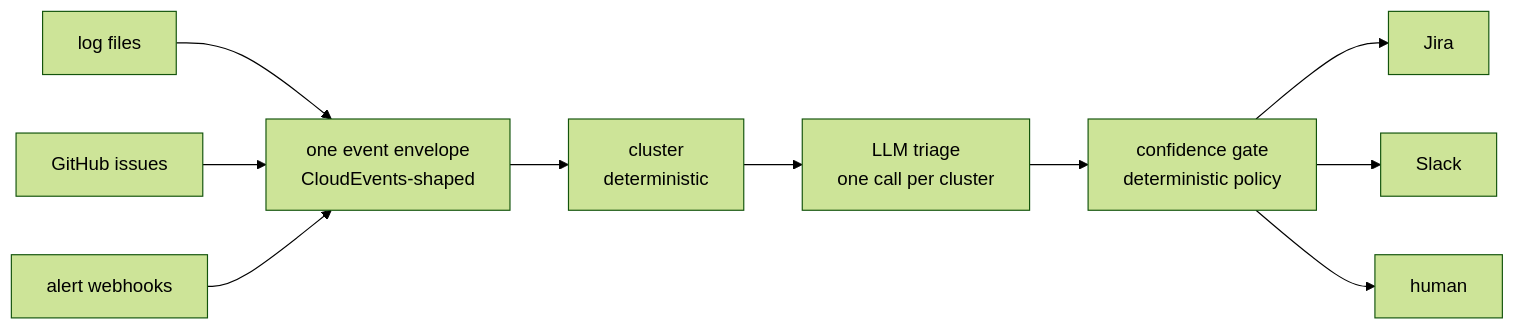
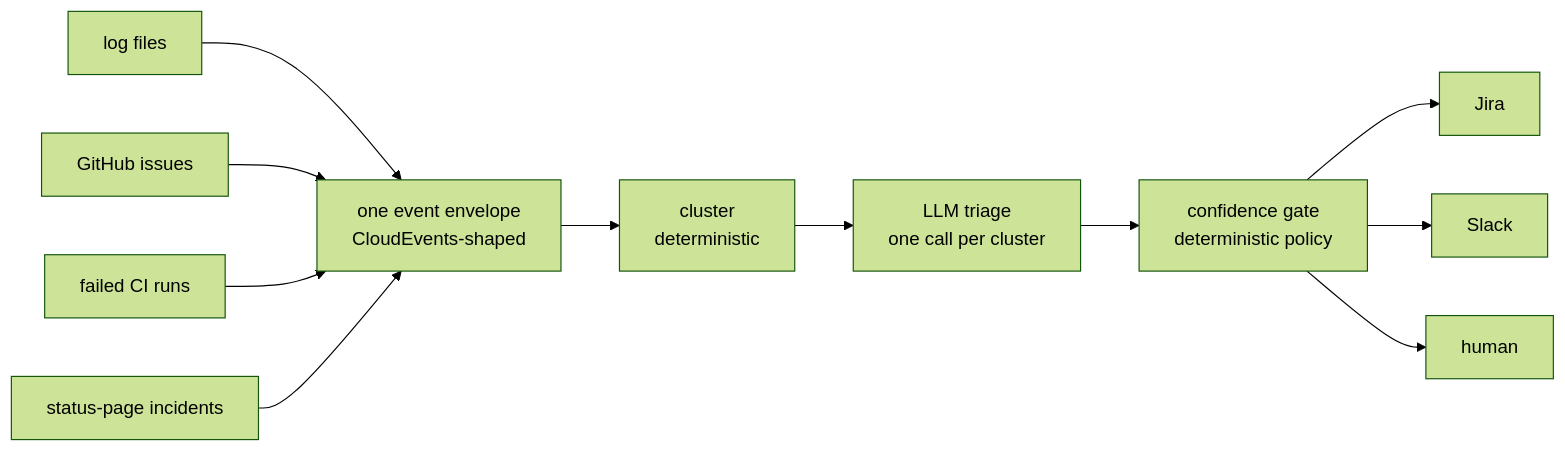
Before and after one commit to VamP08/AIOpsAnalyst: the diagram in README.md, drawn with Mermaid (forest theme). The commit also changed other lines of this file and 11 other files, not shown here.

First line of the commit message:
Rebalance the corpus: six log datasets, CI failures, status incidents; BGL down to 10,000 lines

````diff
--- a/README.md
+++ b/README.md
@@ -130,12 +134,13 @@
 ```mermaid
 flowchart LR
     L[log files] --> N
     G[GitHub issues] --> N
-    A[alert webhooks] --> N
+    CI[failed CI runs] --> N
+    SP[status-page incidents] --> N
     N[one event envelope<br>CloudEvents-shaped] --> C[cluster<br>deterministic]
     C --> T[LLM triage<br>one call per cluster]
     T --> GT[confidence gate<br>deterministic policy]
     GT --> J[Jira]
     GT --> S[Slack]
     GT --> H[human]
 ```
````
